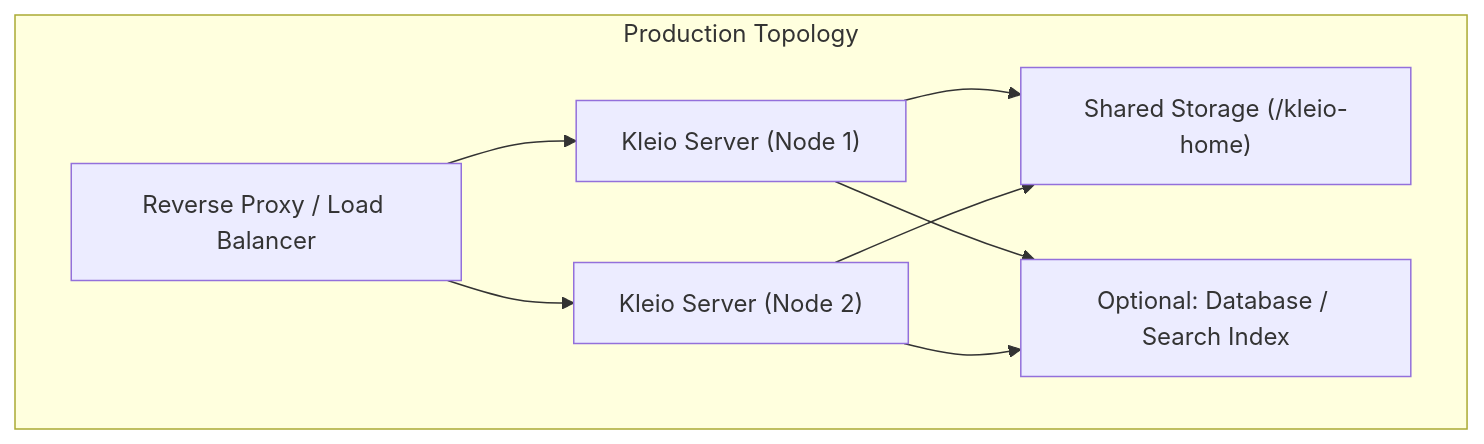
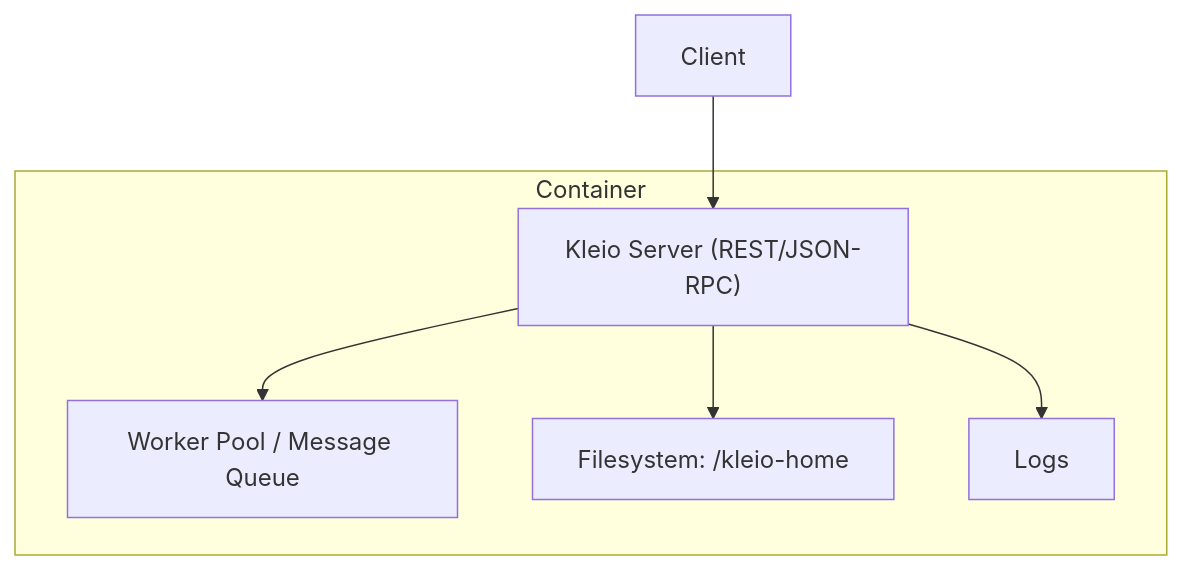
One commit to time-link/timelink-kleio changed the first of 3 diagrams in .qoder/repowiki/en/content/Deployment and Operations.md. Above: the diagram before and after it, drawn with Mermaid. The commit also changed other lines of this file and 225 other files, not shown here.

````diff
--- a/.qoder/repowiki/en/content/Deployment and Operations.md
+++ b/.qoder/repowiki/en/content/Deployment and Operations.md
@@ -125,16 +35,13 @@
 ```mermaid
 graph TB
-subgraph "Production Topology"
-RP["Reverse Proxy / Load Balancer"]
-S1["Kleio Server (Node 1)"]
-S2["Kleio Server (Node 2)"]
-VOL["Shared Storage (/kleio-home)"]
-DB["Optional: Database / Search Index"]
+A["Client"] --> B["Kleio Server (REST/JSON-RPC)"]
+B --> C["Worker Pool / Message Queue"]
+B --> D["Filesystem: /kleio-home"]
+B --> E["Logs"]
+subgraph "Container"
+B
+C
+D
+E
 end
-RP --> S1
-RP --> S2
-S1 --> VOL
-S2 --> VOL
-S1 --> DB
-S2 --> DB
 ```
````
